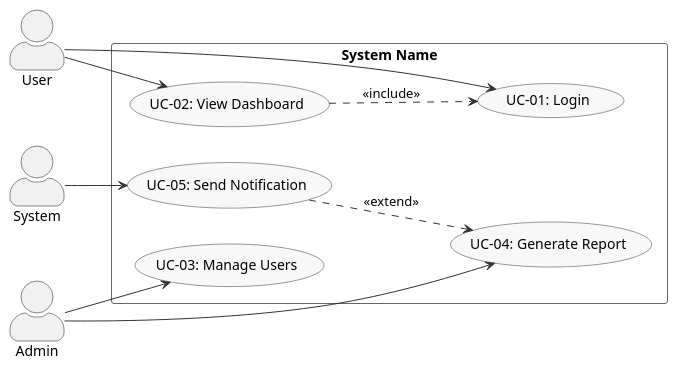
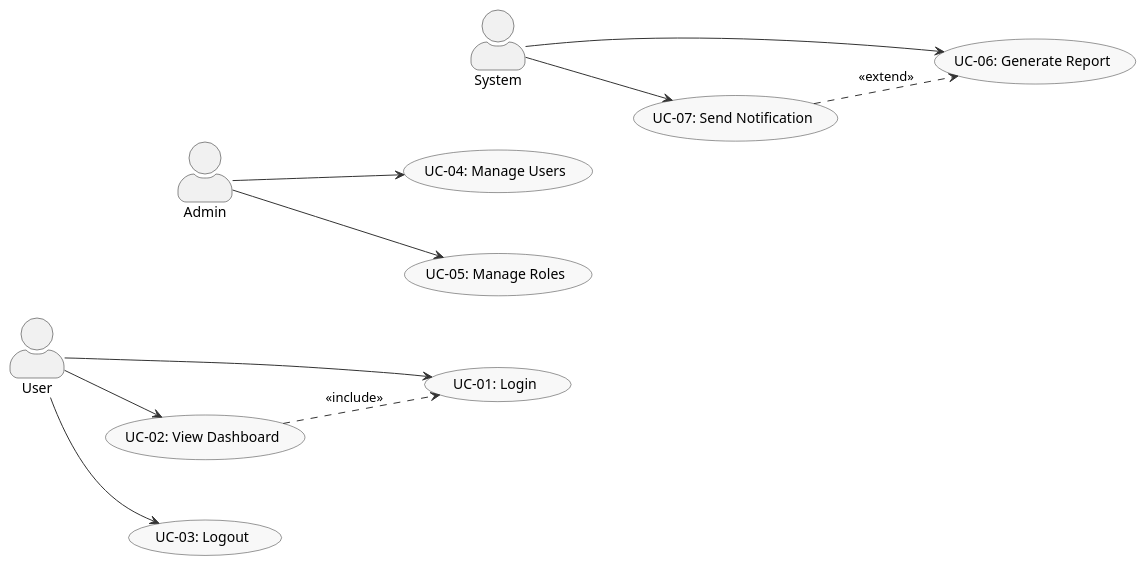
The diagram in templates/usecase.puml (namnh240795/document), drawn with PlantUML before and after one commit. The commit also changed 45 other files, not shown here.

```diff
--- a/templates/usecase.puml
+++ b/templates/usecase.puml
@@ -1,46 +1,58 @@
 @startuml
 ' ============================================================
 ' Use Case Diagram Template
 ' Copy and customize for your project
+'
+' Tips:
+' - No system boundary rectangle needed
+' - Use nodesep/ranksep to control spacing
+' - Use hidden links between actors to control order
+' - <<include>> = mandatory sub-flow
+' - <<extend>> = optional/conditional sub-flow
 ' ============================================================
 
 left to right direction
 skinparam packageStyle rectangle
 skinparam actorStyle awesome
 skinparam usecase {
   BackgroundColor #F8F8F8
   BorderColor #333333
   ArrowColor #333333
 }
-skinparam package {
-  BackgroundColor #FFFFFF
-  BorderColor #666666
-}
+
+' --- Spacing ---
+skinparam nodesep 60
+skinparam ranksep 40
 
 ' --- Actors ---
 actor "User" as user
 actor "Admin" as admin
 actor "System" as system
 
-' --- System Boundary ---
-rectangle "System Name" {
-  ' --- Use Cases ---
-  usecase "UC-01: Login" as UC01
-  usecase "UC-02: View Dashboard" as UC02
-  usecase "UC-03: Manage Users" as UC03
-  usecase "UC-04: Generate Report" as UC04
-  usecase "UC-05: Send Notification" as UC05
-}
+' --- Force actor order ---
+user -[hidden]down- admin
+admin -[hidden]down- system
+
+' --- Use Cases ---
+usecase "UC-01: Login" as UC01
+usecase "UC-02: View Dashboard" as UC02
+usecase "UC-03: Logout" as UC03
+usecase "UC-04: Manage Users" as UC04
+usecase "UC-05: Manage Roles" as UC05
+usecase "UC-06: Generate Report" as UC06
+usecase "UC-07: Send Notification" as UC07
 
 ' --- Relationships ---
 user --> UC01
 user --> UC02
-admin --> UC03
+user --> UC03
 admin --> UC04
-system --> UC05
+admin --> UC05
+system --> UC06
+system --> UC07
 
 ' --- Include/Extend ---
 UC02 ..> UC01 : <<include>>
-UC05 ..> UC04 : <<extend>>
+UC07 ..> UC06 : <<extend>>
 
 @enduml
```
